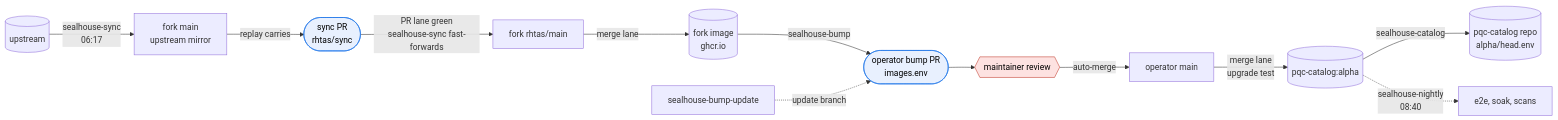
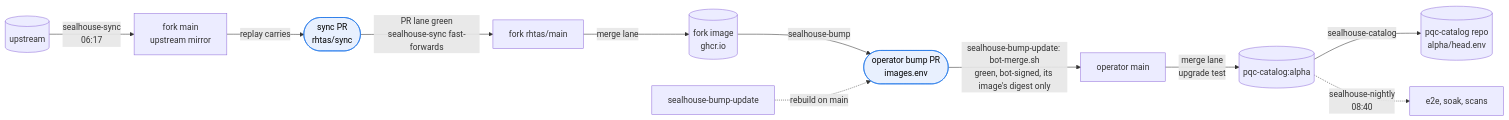
One commit to sealhouse/ci changed the first of 4 diagrams in README.md. Above: the diagram before and after it, drawn with Mermaid. The commit also changed other lines of this file and 5 other files, not shown here.

Commit message:
Merge green bot bumps, and rebuild a bump on main rather than merge main into it (#31)

````diff
--- a/README.md
+++ b/README.md
@@ -12,19 +12,17 @@
 ```mermaid
 flowchart LR
   upstream[("upstream")] -->|"sealhouse-sync<br/>06:17"| mirror["fork main<br/>upstream mirror"]
   mirror -->|replay carries| syncpr(["sync PR<br/>rhtas/sync"])
   syncpr -->|"PR lane green<br/>sealhouse-sync fast-forwards"| rhtas["fork rhtas/main"]
   rhtas -->|merge lane| image[("fork image<br/>ghcr.io")]
   image -->|sealhouse-bump| bumppr(["operator bump PR<br/>images.env"])
-  update["sealhouse-bump-update"] -.->|update branch| bumppr
-  bumppr --> review{{"maintainer review"}}
-  review -->|auto-merge| opmain["operator main"]
+  update["sealhouse-bump-update"] -.->|rebuild on main| bumppr
+  bumppr -->|"sealhouse-bump-update: bot-merge.sh<br/>green, bot-signed, its image's digest only"| opmain["operator main"]
   opmain -->|"merge lane<br/>upgrade test"| alpha[("pqc-catalog:alpha")]
   alpha -->|sealhouse-catalog| record[("pqc-catalog repo<br/>alpha/head.env")]
   alpha -.->|"sealhouse-nightly<br/>08:40"| nightly["e2e, soak, scans"]
 
   classDef gate fill:#fde2e1,stroke:#c0392b,color:#000
   classDef pr fill:#e8f0fe,stroke:#1a73e8,color:#000
-  class review gate
   class syncpr,bumppr pr
 ```
````
